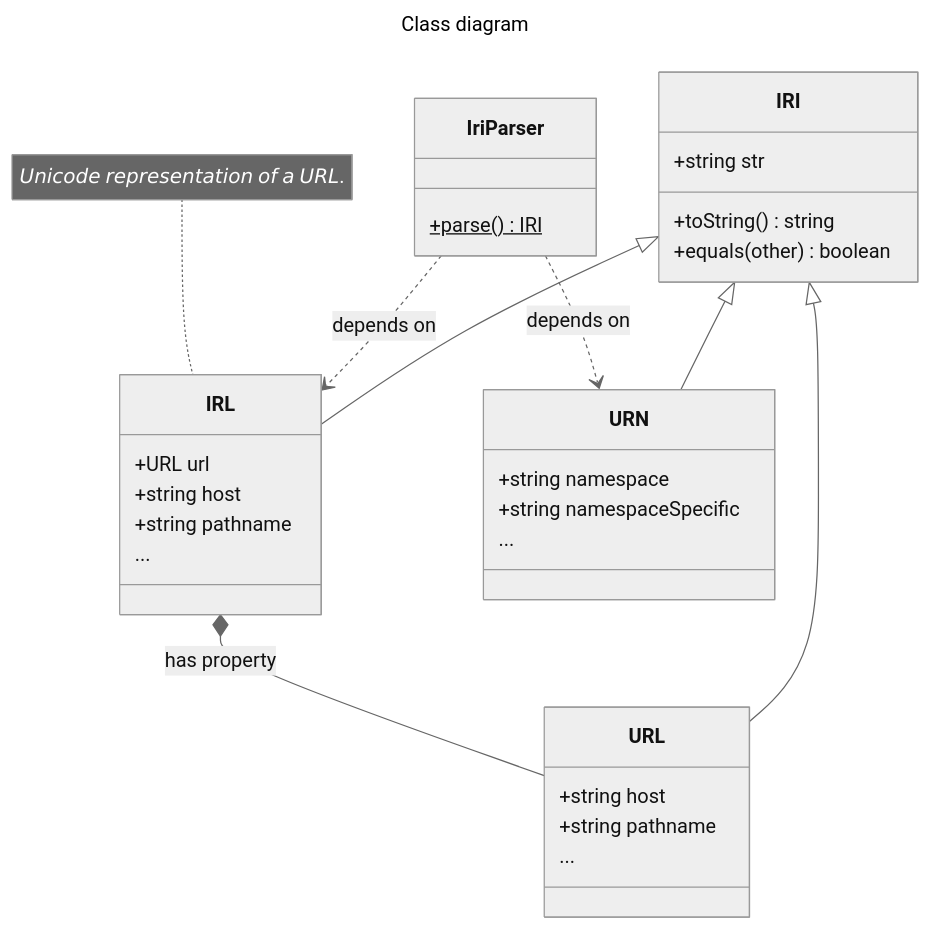
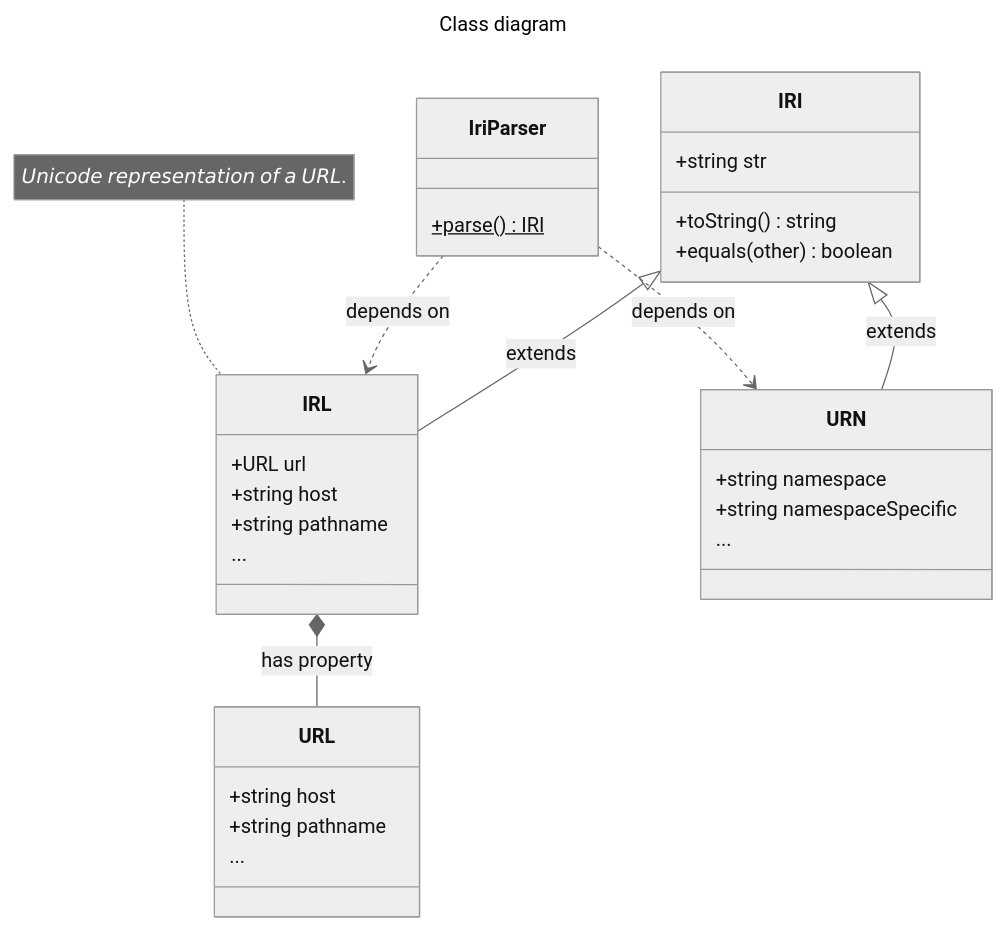
Before and after one commit to doga/IRI: the diagram in README.md, drawn with Mermaid (neutral theme). The commit also changed other lines of this file, not shown here.

````diff
--- a/README.md
+++ b/README.md
@@ -257,44 +255,43 @@
 ```mermaid
 ---
 title: Class diagram
 ---
 
 classDiagram
   class URL {
     +string host
     +string pathname
     ...
   }
 
   note for IRL "𝘜𝘯𝘪𝘤𝘰𝘥𝘦 𝘳𝘦𝘱𝘳𝘦𝘴𝘦𝘯𝘵𝘢𝘵𝘪𝘰𝘯 𝘰𝘧 𝘢 𝘜𝘙𝘓."
   class IRL {
     +URL url
     +string host
     +string pathname
     ...
   }
   IRL *-- URL : has property
 
 
   class URN{
     +string namespace
     +string namespaceSpecific
     ...
   }
 
   class IriParser {
     +parse() IRI$
   }
   IriParser ..> IRL : depends on
   IriParser ..> URN : depends on
 
   class IRI {
     +string str
     +toString() string
     +equals(other) boolean
   }
 
-  IRI <|-- URN
-  IRI <|-- IRL
-  IRI <|-- URL
+  IRI <|-- URN : extends
+  IRI <|-- IRL : extends
 ```
````
